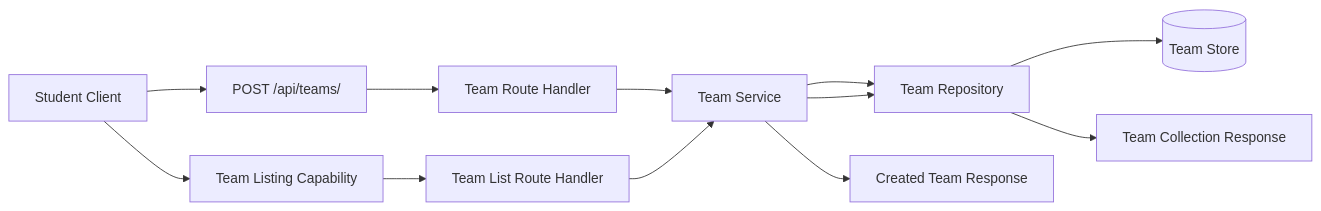
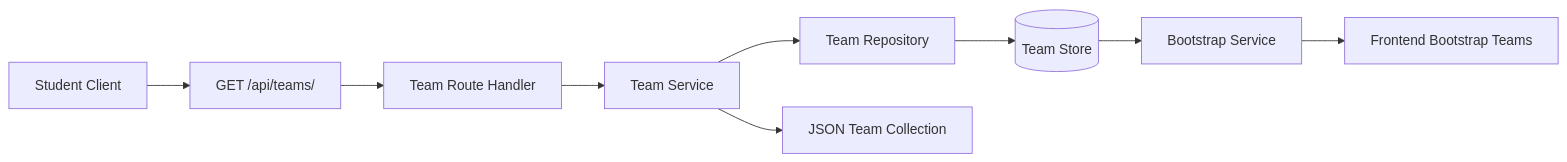
Before and after one commit to chavanlaxman/OCTOFIT: the diagram in artifacts/architecture.md, drawn with Mermaid. The commit also changed other lines of this file and 5 other files, not shown here.

Commit message:
OCTOFIT-8: document team listing story

````diff
--- a/artifacts/architecture.md
+++ b/artifacts/architecture.md
@@ -26,14 +26,11 @@
 ```mermaid
 flowchart LR
-    A[Student Client] --> B[POST /api/teams/]
+    A[Student Client] --> B[GET /api/teams/]
     B --> C[Team Route Handler]
     C --> D[Team Service]
     D --> E[Team Repository]
     E --> F[(Team Store)]
-    D --> G[Created Team Response]
-    A --> H[Team Listing Capability]
-    H --> I[Team List Route Handler]
-    I --> D
-    D --> E
-    E --> J[Team Collection Response]
+    D --> G[JSON Team Collection]
+    F --> H[Bootstrap Service]
+    H --> I[Frontend Bootstrap Teams]
 ```
````
